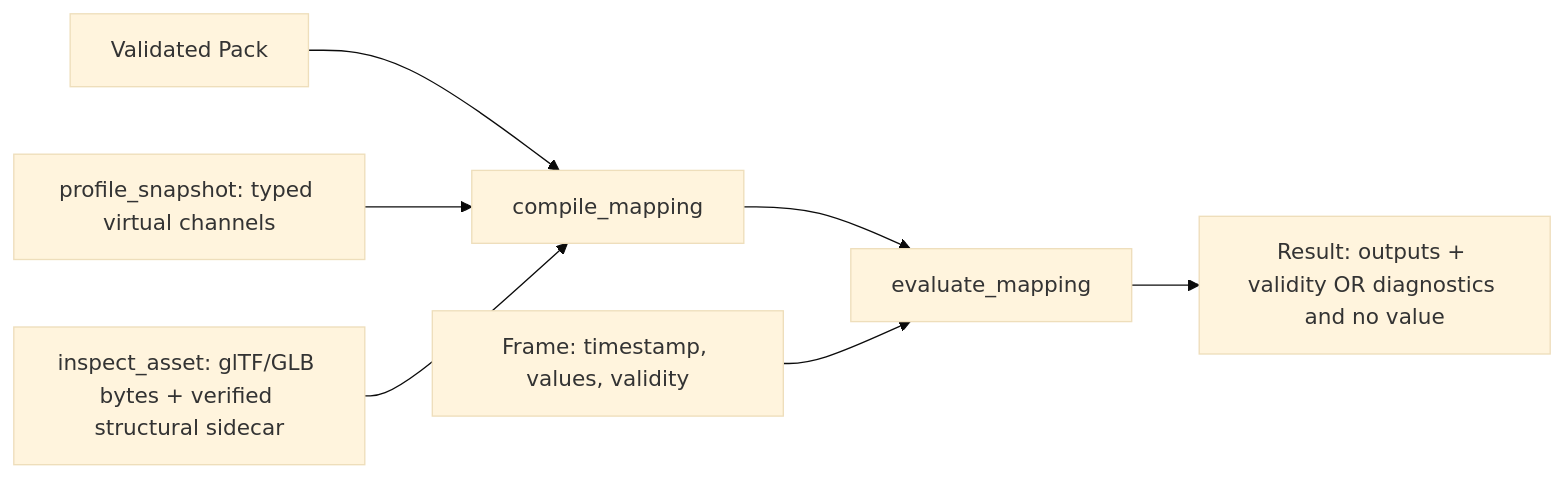
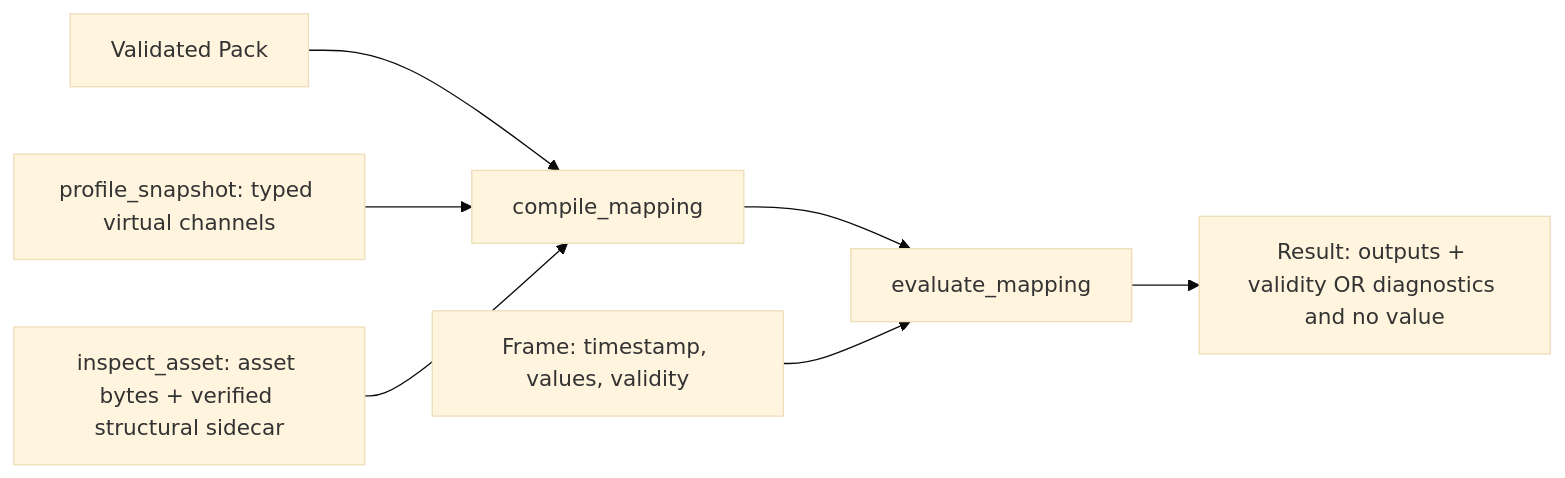
One commit to MetaverseStandards/RCEF changed the second of 2 diagrams in docs/architecture.md. Above: the diagram before and after it, drawn with Mermaid (base theme). The commit also changed other lines of this file, not shown here.

Commit message:
Update docs/architecture.md to data 0.4.0, operators 1.1, calibration records, the held-out provenance check and lock format 2, in plain words

````diff
--- a/docs/architecture.md
+++ b/docs/architecture.md
@@ -209,9 +249,9 @@
 ```mermaid
 flowchart LR
     P["Validated Pack"] --> C["compile_mapping"]
     V["profile_snapshot: typed virtual channels"] --> C
-    A["inspect_asset: glTF/GLB bytes + verified structural sidecar"] --> C
+    A["inspect_asset: asset bytes + verified structural sidecar"] --> C
     C --> E["evaluate_mapping"]
     S["Frame: timestamp, values, validity"] --> E
     E --> R["Result: outputs + validity OR diagnostics and no value"]
 ```
````
